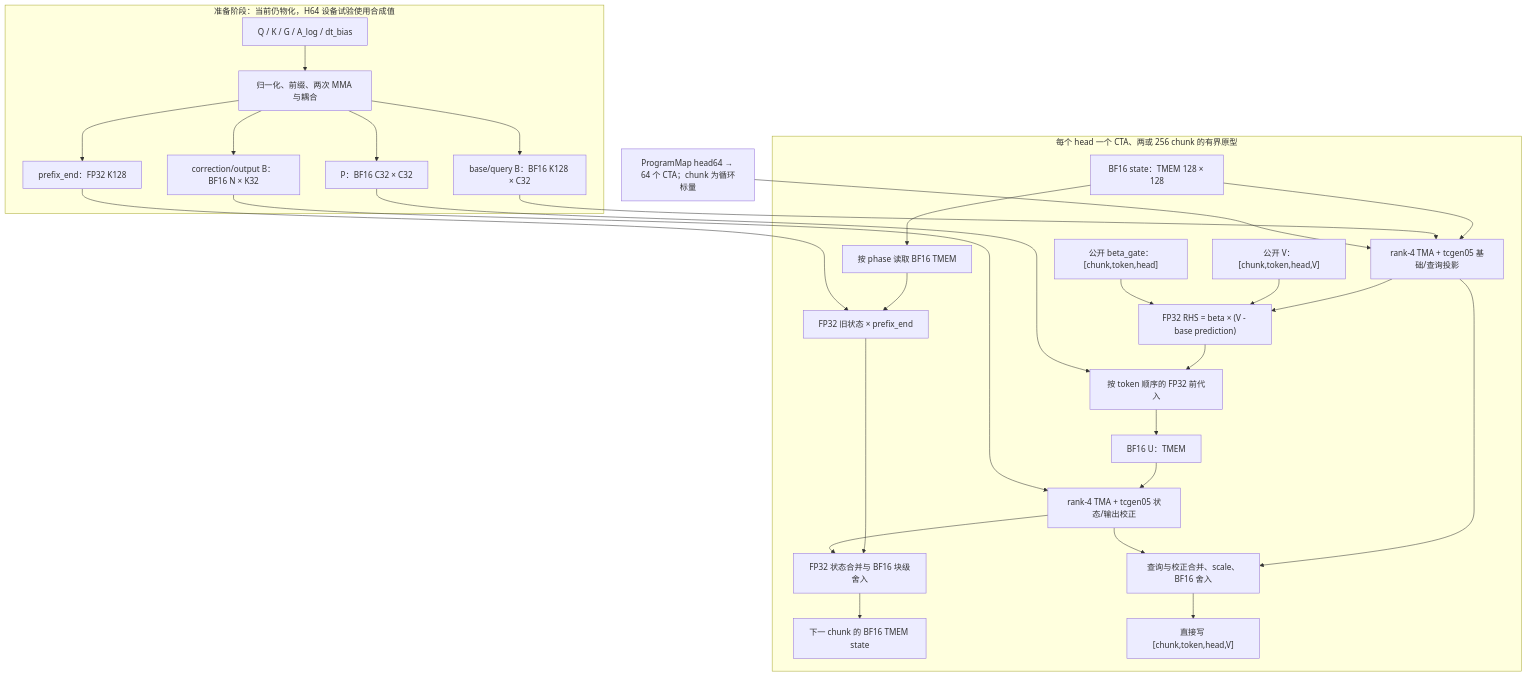
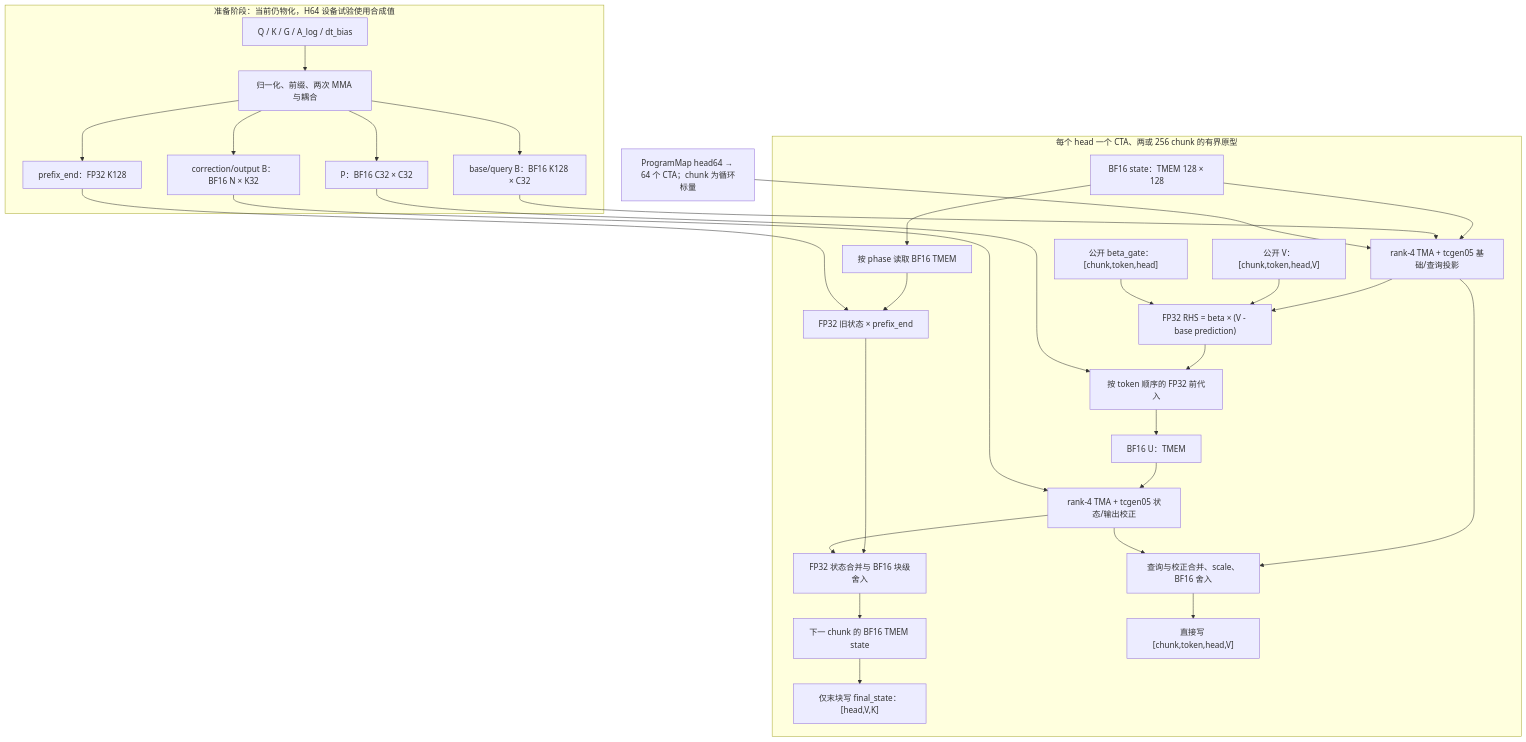
The diagram in docs/figures/kda-b300-native-lowering.mmd (qhy991/open-cake-ir), drawn with Mermaid before and after one commit. The commit also changed 2 other files, not shown here.

```diff
--- a/docs/figures/kda-b300-native-lowering.mmd
+++ b/docs/figures/kda-b300-native-lowering.mmd
@@ -1,36 +1,37 @@
 flowchart TB
   subgraph prep["准备阶段：当前仍物化，H64 设备试验使用合成值"]
     raw["Q / K / G / A_log / dt_bias"] --> factors["归一化、前缀、两次 MMA 与耦合"]
     factors --> base_b["base/query B：BF16 K128 × C32"]
     factors --> coeff["P：BF16 C32 × C32"]
     factors --> correction_b["correction/output B：BF16 N × K32"]
     factors --> prefix["prefix_end：FP32 K128"]
   end
 
   head["ProgramMap head64 → 64 个 CTA；chunk 为循环标量"]
   public_v["公开 V：[chunk,token,head,V]"]
   beta["公开 beta_gate：[chunk,token,head]"]
 
   subgraph state["每个 head 一个 CTA、两或 256 chunk 的有界原型"]
     old_state["BF16 state：TMEM 128 × 128"] --> base["rank-4 TMA + tcgen05 基础/查询投影"]
     base_b --> base
     base --> rhs["FP32 RHS = beta × (V - base prediction)"]
     public_v --> rhs
     beta --> rhs
     rhs --> solve["按 token 顺序的 FP32 前代入"]
     coeff --> solve
     solve --> updates["BF16 U：TMEM"]
     updates --> correction["rank-4 TMA + tcgen05 状态/输出校正"]
     correction_b --> correction
     old_state --> read_state["按 phase 读取 BF16 TMEM"]
     read_state --> decay["FP32 旧状态 × prefix_end"]
     prefix --> decay
     decay --> combine["FP32 状态合并与 BF16 块级舍入"]
     correction --> combine
     combine --> next_state["下一 chunk 的 BF16 TMEM state"]
+    next_state --> final_state["仅末块写 final_state：[head,V,K]"]
     base --> output["查询与校正合并、scale、BF16 舍入"]
     correction --> output
     output --> store["直接写 [chunk,token,head,V]"]
   end
 
   head --> base
```
